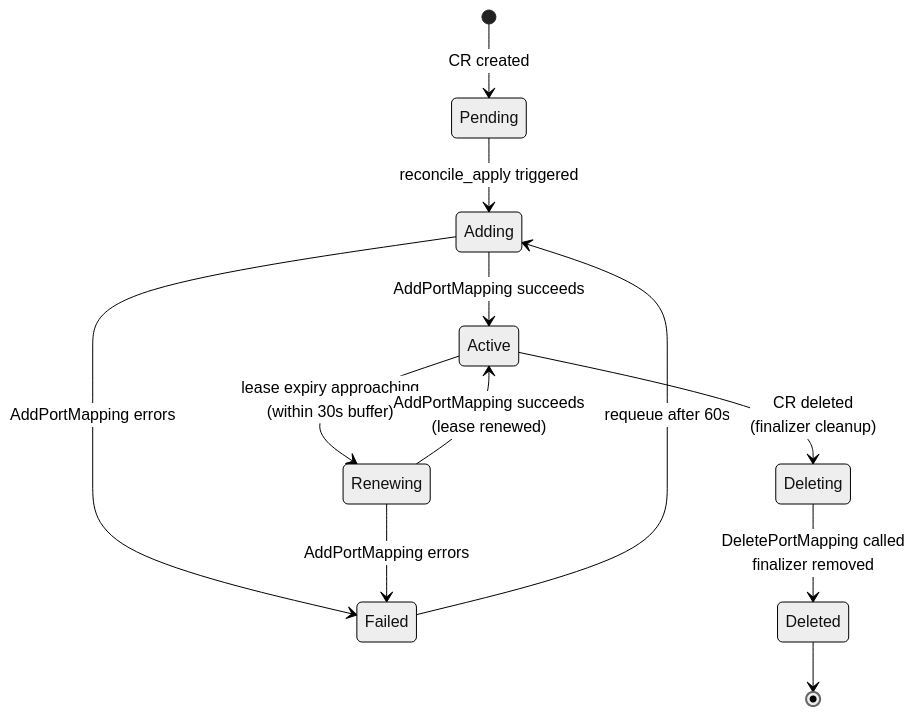
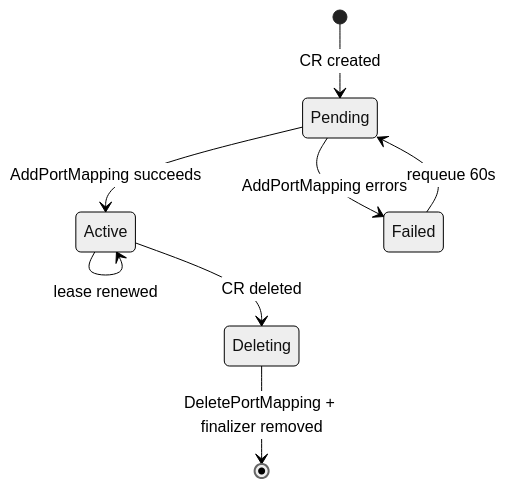
Before and after one commit to jeffmoss/upnp-controller: the second of 2 diagrams in docs/architecture.md, drawn with Mermaid (neutral theme). The commit also changed other lines of this file and 9 other files, not shown here.

````diff
--- a/docs/architecture.md
+++ b/docs/architecture.md
@@ -123,20 +71,10 @@
 ```mermaid
 stateDiagram-v2
     [*] --> Pending: CR created
-
-    Pending --> Adding: reconcile_apply triggered
-
-    Adding --> Active: AddPortMapping succeeds
-    Adding --> Failed: AddPortMapping errors
-
-    Failed --> Adding: requeue after 60s
-
-    Active --> Renewing: lease expiry approaching<br/>(within 30s buffer)
-    Active --> Deleting: CR deleted<br/>(finalizer cleanup)
-
-    Renewing --> Active: AddPortMapping succeeds<br/>(lease renewed)
-    Renewing --> Failed: AddPortMapping errors
-
-    Deleting --> Deleted: DeletePortMapping called<br/>finalizer removed
-    Deleted --> [*]
+    Pending --> Active: AddPortMapping succeeds
+    Pending --> Failed: AddPortMapping errors
+    Failed --> Pending: requeue 60s
+    Active --> Active: lease renewed
+    Active --> Deleting: CR deleted
+    Deleting --> [*]: DeletePortMapping + finalizer removed
 ```
````
